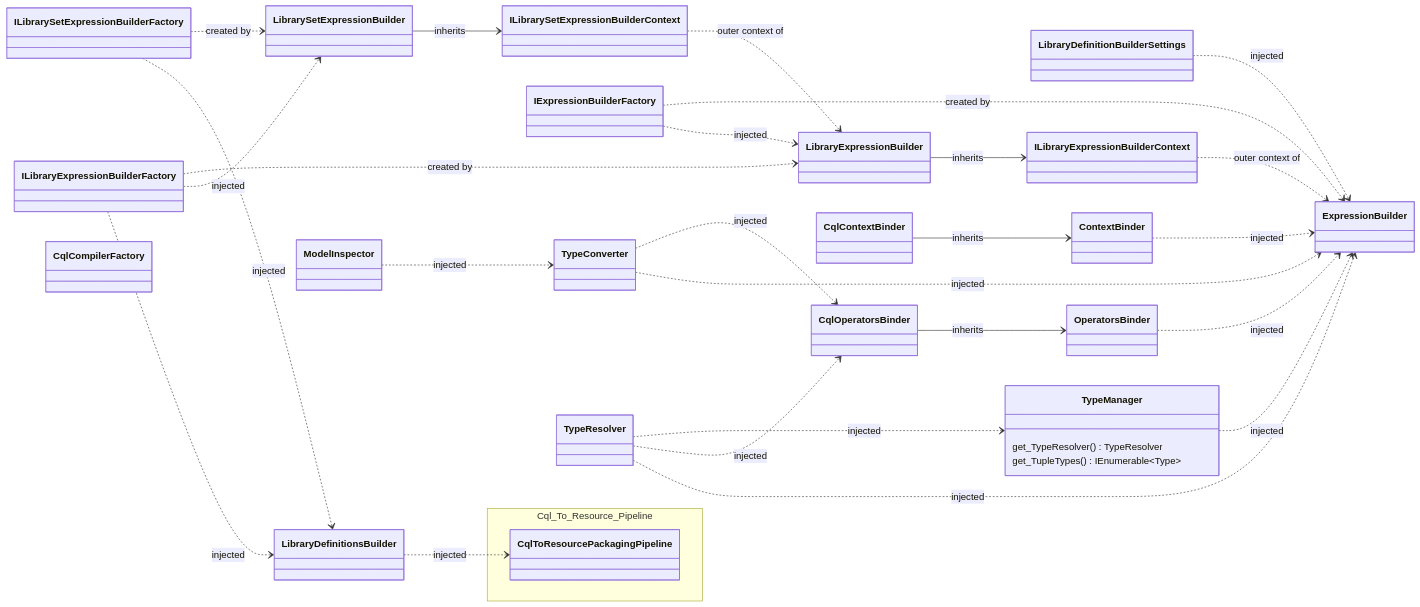
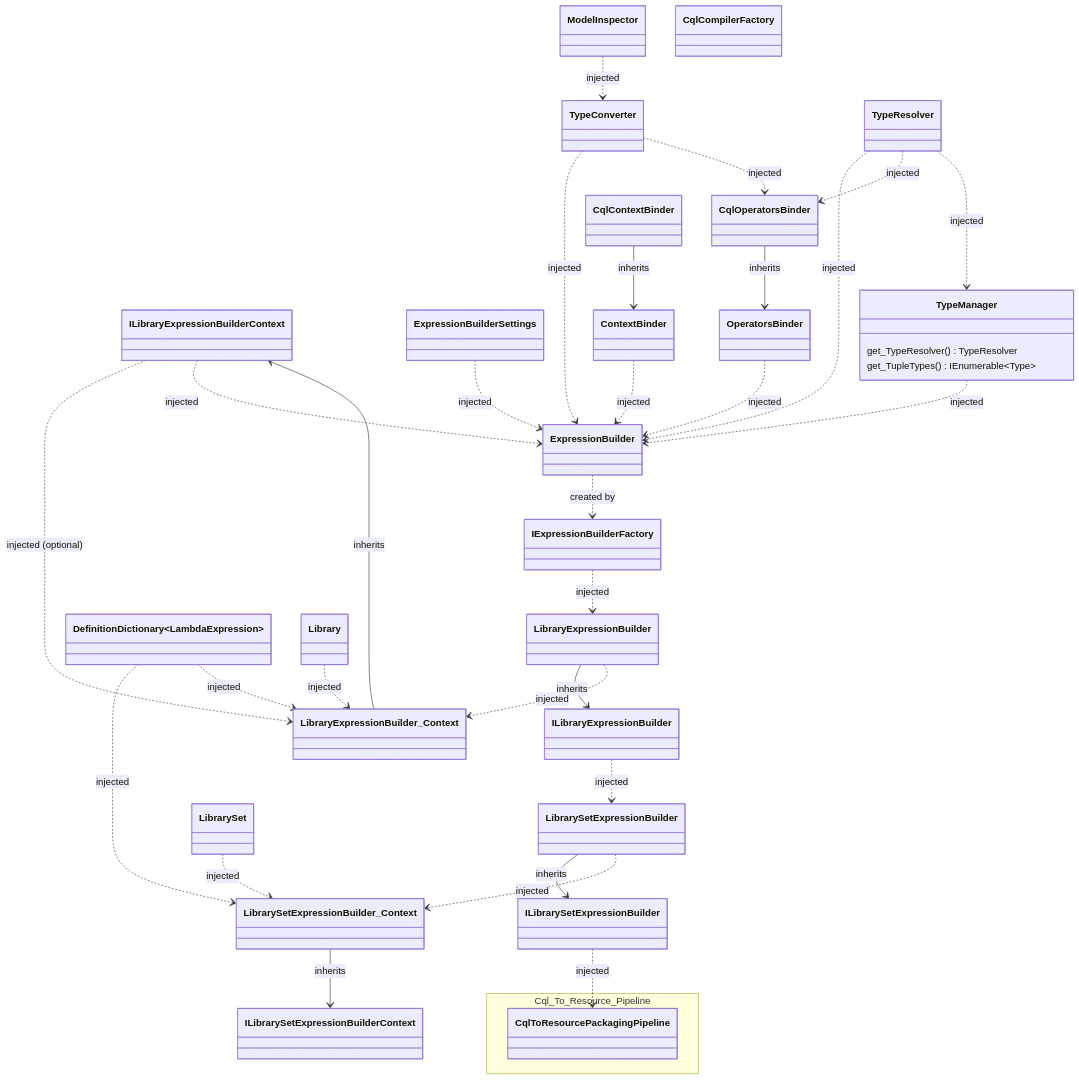
Before and after one commit to FirelyTeam/firely-cql-sdk: the second of 2 diagrams in docs/packager-cli-dependency-graph.md, drawn with Mermaid. The commit also changed other lines of this file and 27 other files, not shown here.

Commit message:
No need for LibraryDefinitionsBuilder anymore

````diff
--- a/docs/packager-cli-dependency-graph.md
+++ b/docs/packager-cli-dependency-graph.md
@@ -129,48 +129,35 @@
 ```mermaid
 classDiagram
-    direction LR
+    direction TB
 
     %% HACK: Mermaid doesnt support commas withing generic, so use a similar looking character (﹐)
 
 %%    namespace Expression_Building {
-        %% class Elm_Element{
-        %% }
-        %% 
-        %% class Elm_Library{
-        %% }
-        %% 
-        %% class Elm_LibrarySet{
-        %% }
+        class ILibrarySetExpressionBuilderContext{
+        }
 
-        class LibraryDefinitionBuilderSettings {
+        class LibrarySetExpressionBuilder_Context {
+        }
+
+        class LibrarySetExpressionBuilder{
+        }
+
+        class ILibraryExpressionBuilderContext{
+        }
+
+        class LibraryExpressionBuilder_Context {
+        }
+
+        class LibraryExpressionBuilder{
+        }
+        
+        class ExpressionBuilderSettings {
         }
 
         class IExpressionBuilderFactory {
         }
 
         class ExpressionBuilder{
-        }
-
-        class ILibraryExpressionBuilderFactory {
-        }
-
-        class ILibraryExpressionBuilderContext{
-        }
-
-        class LibraryExpressionBuilder{
-        }
-
-        class ILibrarySetExpressionBuilderFactory {
-        }
-
-        class ILibrarySetExpressionBuilderContext{
-        }
-
-        class LibrarySetExpressionBuilder{
-        }
-
-        class LibraryDefinitionsBuilder {
-%%            ProcessLibrarySet(librarySet : LibrarySet) DefinitionDictionary<LambdaExpression>
         }
 
         class OperatorsBinder {
@@ -213,43 +200,40 @@
 
     %% Inheritance  
 
-%%    CqlCompilerFactory --> ILibrarySetExpressionBuilderFactory : inherits
-%%    CqlCompilerFactory --> ILibraryExpressionBuilderFactory : inherits
-%%    CqlCompilerFactory --> IExpressionBuilderFactory : inherits
-    LibrarySetExpressionBuilder --> ILibrarySetExpressionBuilderContext : inherits
-    LibraryExpressionBuilder --> ILibraryExpressionBuilderContext : inherits
+    LibrarySetExpressionBuilder --> ILibrarySetExpressionBuilder : inherits
+    LibraryExpressionBuilder --> ILibraryExpressionBuilder : inherits
+    LibrarySetExpressionBuilder_Context --> ILibrarySetExpressionBuilderContext : inherits
+    LibraryExpressionBuilder_Context --> ILibraryExpressionBuilderContext : inherits
    
     CqlContextBinder --> ContextBinder : inherits
     CqlOperatorsBinder --> OperatorsBinder : inherits
 
     %% Injected Dependencies
 
-%%    LibraryDefinitionsBuilder ..> CqlCompilerFactory : created by
+    ILibraryExpressionBuilder ..> LibrarySetExpressionBuilder : injected
 
-    ILibrarySetExpressionBuilderFactory ..> LibraryDefinitionsBuilder : injected
-    ILibraryExpressionBuilderFactory ..> LibraryDefinitionsBuilder : injected
+    LibrarySetExpressionBuilder ..> LibrarySetExpressionBuilder_Context : injected
+    DefinitionDictionary~LambdaExpression~ ..> LibrarySetExpressionBuilder_Context : injected
+    LibrarySet ..> LibrarySetExpressionBuilder_Context : injected
 
-    ILibrarySetExpressionBuilderFactory ..> LibrarySetExpressionBuilder : created by
-    ILibraryExpressionBuilderFactory ..> LibrarySetExpressionBuilder : injected
-%%    Elm_LibrarySet ..> LibrarySetExpressionBuilder : processed by
+    IExpressionBuilderFactory ..> LibraryExpressionBuilder : injected
 
-    ILibraryExpressionBuilderFactory ..> LibraryExpressionBuilder : created by
-    IExpressionBuilderFactory ..> LibraryExpressionBuilder : injected
-    ILibrarySetExpressionBuilderContext ..> LibraryExpressionBuilder : outer context of
-%%    Elm_Library ..> LibraryExpressionBuilder : processed by
+    LibraryExpressionBuilder ..> LibraryExpressionBuilder_Context : injected
+    Library ..> LibraryExpressionBuilder_Context : injected
+    DefinitionDictionary~LambdaExpression~ ..> LibraryExpressionBuilder_Context : injected
+    ILibraryExpressionBuilderContext ..> LibraryExpressionBuilder_Context : injected (optional)
 
-    IExpressionBuilderFactory ..> ExpressionBuilder : created by
+    ExpressionBuilder ..> IExpressionBuilderFactory : created by
+
     OperatorsBinder ..> ExpressionBuilder : injected
     TypeManager ..> ExpressionBuilder : injected
     TypeConverter ..> ExpressionBuilder : injected
     TypeResolver ..> ExpressionBuilder : injected
     ContextBinder ..> ExpressionBuilder : injected
-    LibraryDefinitionBuilderSettings ..> ExpressionBuilder : injected
-    ILibraryExpressionBuilderContext ..> ExpressionBuilder : outer context of
-%%    Elm_Element ..> ExpressionBuilder : processed by
-
+    ExpressionBuilderSettings ..> ExpressionBuilder : injected
+    ILibraryExpressionBuilderContext ..> ExpressionBuilder : injected
     
-    LibraryDefinitionsBuilder ..> CqlToResourcePackagingPipeline : injected
+    ILibrarySetExpressionBuilder ..> CqlToResourcePackagingPipeline : injected
 
     TypeResolver ..> CqlOperatorsBinder : injected
     TypeConverter ..> CqlOperatorsBinder : injected
````
